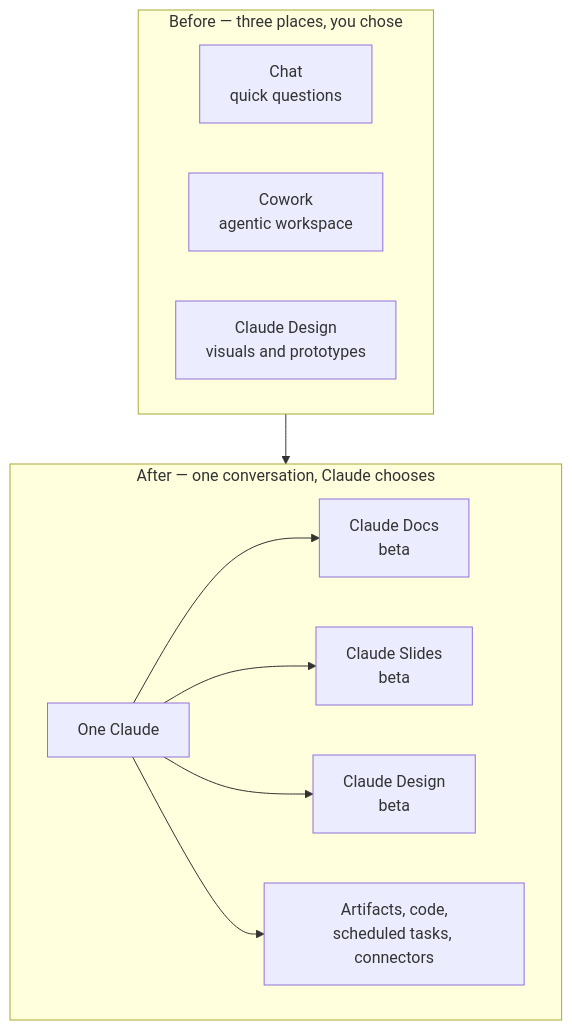
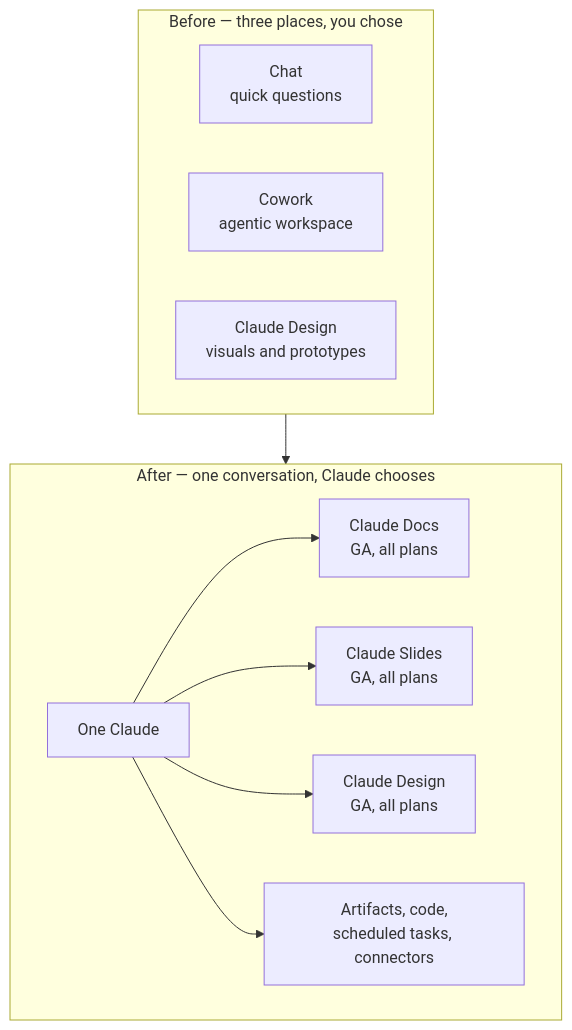
One commit to derob98/ailmanac changed the diagram in docs/claude-app/one-claude-docs-and-slides.mdx. Above: the diagram before and after it, drawn with Mermaid. The commit also changed other lines of this file and 5 other files, not shown here.

First line of the commit message:
feat(claude-app): Claude Dashboards & Motion, and three templates that left beta

````diff
--- a/docs/claude-app/one-claude-docs-and-slides.mdx
+++ b/docs/claude-app/one-claude-docs-and-slides.mdx
@@ -28,16 +28,16 @@
 ```mermaid
 flowchart TB
   subgraph BEFORE["Before — three places, you chose"]
     C1[Chat<br/>quick questions]
     C2[Cowork<br/>agentic workspace]
     C3[Claude Design<br/>visuals and prototypes]
   end
   subgraph AFTER["After — one conversation, Claude chooses"]
     A1[One Claude]
-    A1 --> T1[Claude Docs<br/>beta]
-    A1 --> T2[Claude Slides<br/>beta]
-    A1 --> T3[Claude Design<br/>beta]
+    A1 --> T1[Claude Docs<br/>GA, all plans]
+    A1 --> T2[Claude Slides<br/>GA, all plans]
+    A1 --> T3[Claude Design<br/>GA, all plans]
     A1 --> T4[Artifacts, code,<br/>scheduled tasks, connectors]
   end
   BEFORE --> AFTER
 ```
````
